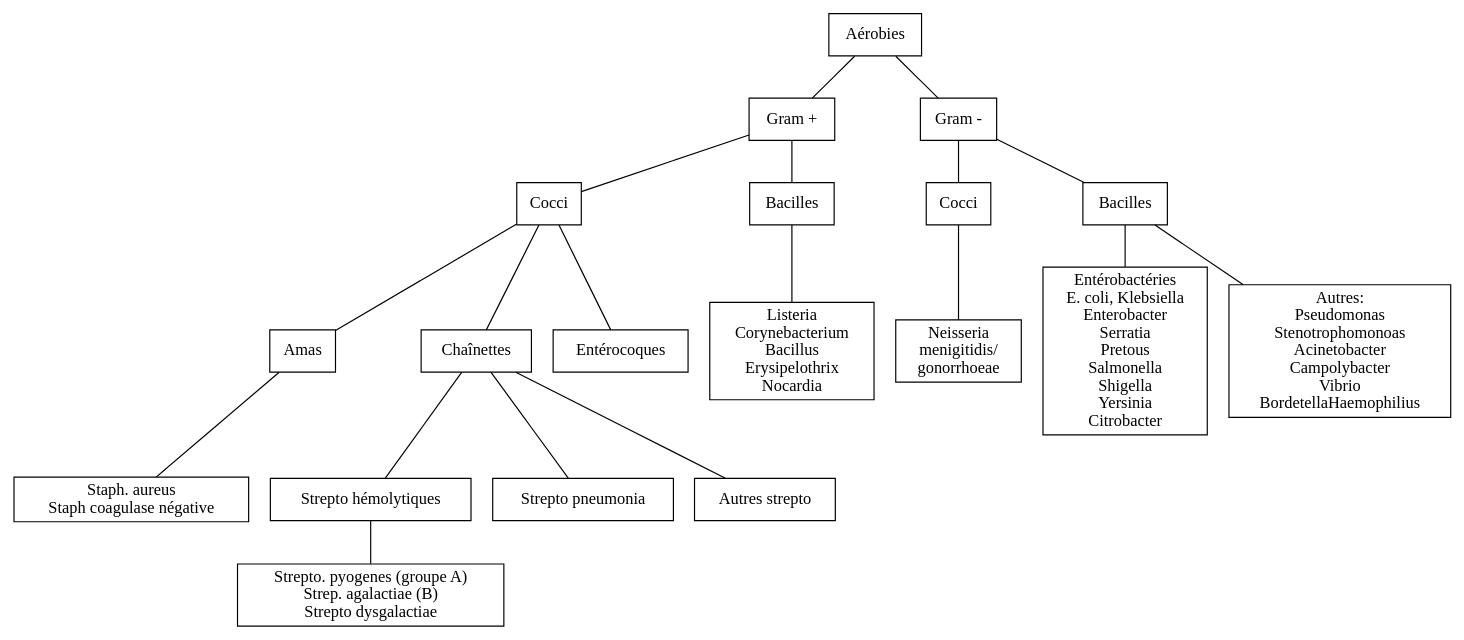
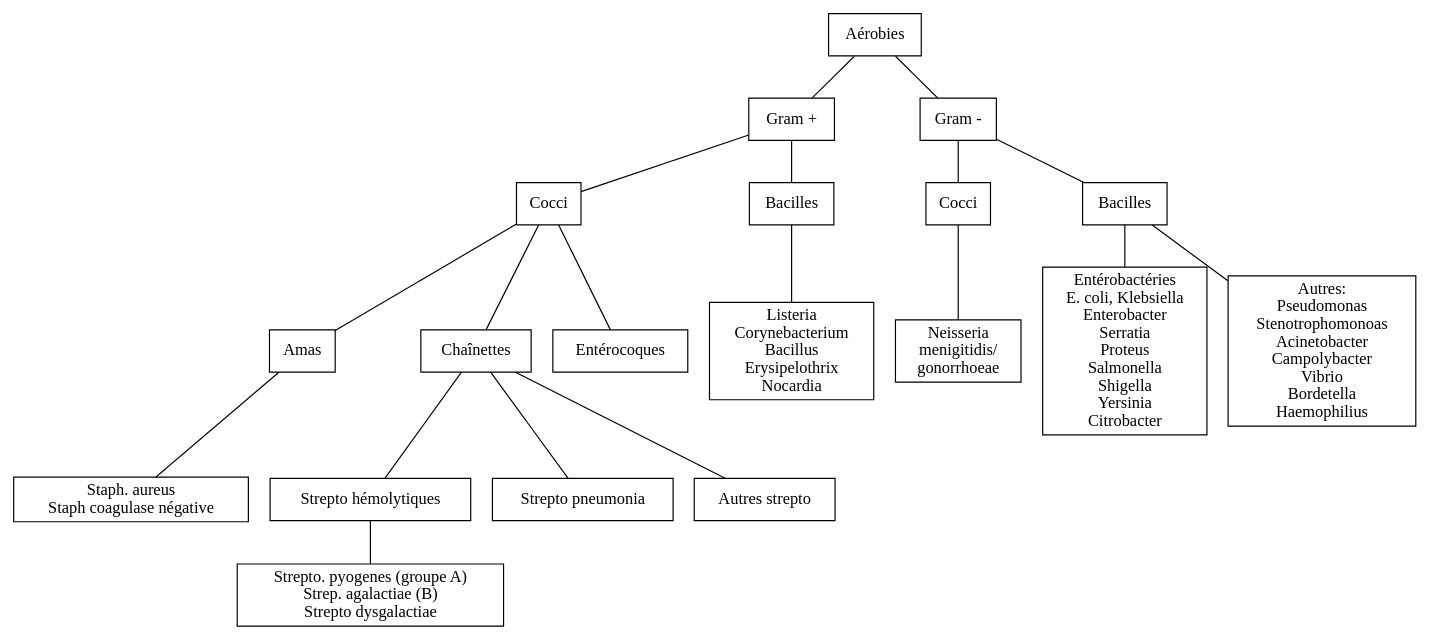
Before and after one commit to apraga/notes: the first of 3 diagrams in notes/medecine/20230528225221-classification_bacteries.org, drawn with Graphviz. The commit also changed other lines of this file and 4 other files, not shown here.

```diff
--- a/notes/medecine/20230528225221-classification_bacteries.org
+++ b/notes/medecine/20230528225221-classification_bacteries.org
@@ -13,29 +13,29 @@
-#+BEGIN_SRC dot :file ../images/microbiologie/aerobies.png :exports none
+#+BEGIN_SRC dot :file ../../images/microbiologie/aerobies.png :exports none
 graph {
 splines=false;
 node [shape=box]
 cocciPlus [label="Cocci"]
 cocciMoins [label="Cocci"]
 bacciPlus [label="Bacilles"]
 bacciMoins [label="Bacilles"]
 "Aérobies" -- {"Gram +" "Gram -"}
 "Gram +" -- {cocciPlus bacciPlus}
 cocciPlus   -- {"Amas" "Chaînettes" "Entérocoques"}
 bacciPlus -- {"Listeria\nCorynebacterium\nBacillus\nErysipelothrix\nNocardia"}
 
 "Amas" -- "Staph. aureus\nStaph coagulase négative"
 "Chaînettes" -- {
                 "Strepto hémolytiques"
                 "Strepto pneumonia"
                 "Autres strepto"
                          }
 "Strepto hémolytiques" -- {"Strepto. pyogenes (groupe A)\nStrep. agalactiae (B)\nStrepto dysgalactiae"}
 
 "Gram -" -- {cocciMoins bacciMoins}
 cocciMoins -- "Neisseria\nmenigitidis/\ngonorrhoeae"
 bacciMoins -- {
-              "Entérobactéries\nE. coli, Klebsiella\nEnterobacter\nSerratia\nPretous\nSalmonella\nShigella\nYersinia\nCitrobacter"
-              "Autres:\nPseudomonas\nStenotrophomonoas\nAcinetobacter\nCampolybacter\nVibrio\nBordetella\Haemophilius"
+              "Entérobactéries\nE. coli, Klebsiella\nEnterobacter\nSerratia\nProteus\nSalmonella\nShigella\nYersinia\nCitrobacter"
+              "Autres:\nPseudomonas\nStenotrophomonoas\nAcinetobacter\nCampolybacter\nVibrio\nBordetella\nHaemophilius"
               }
 }
 #+END_SRC
```
